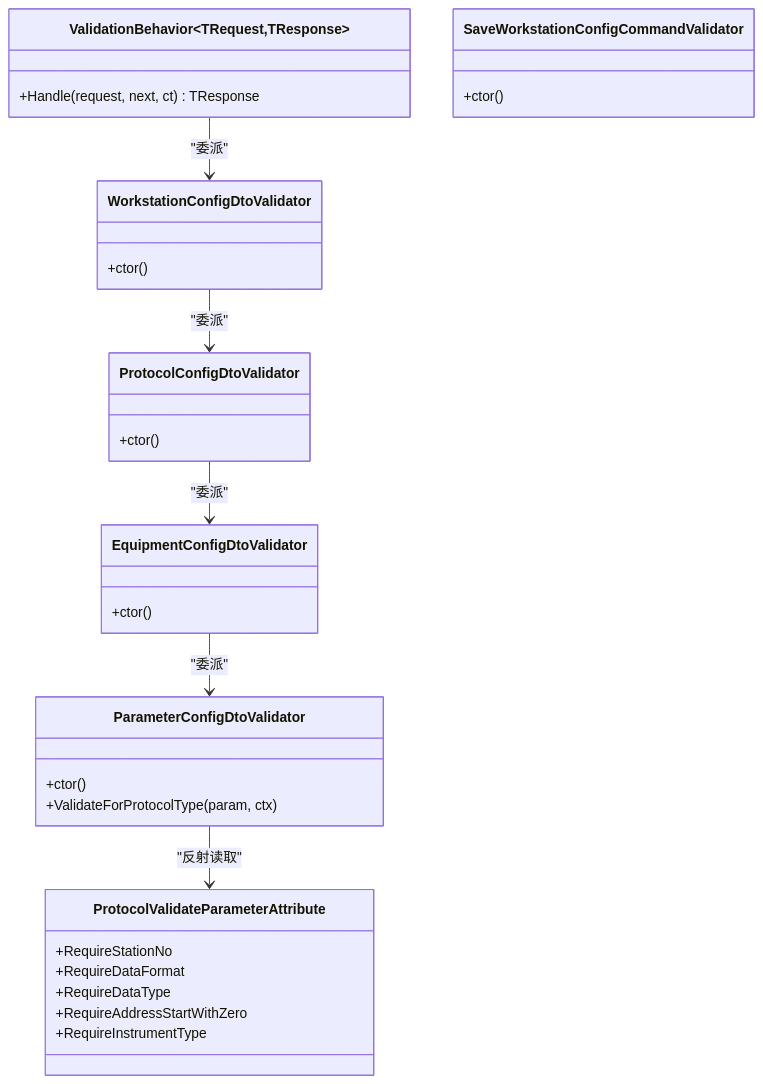
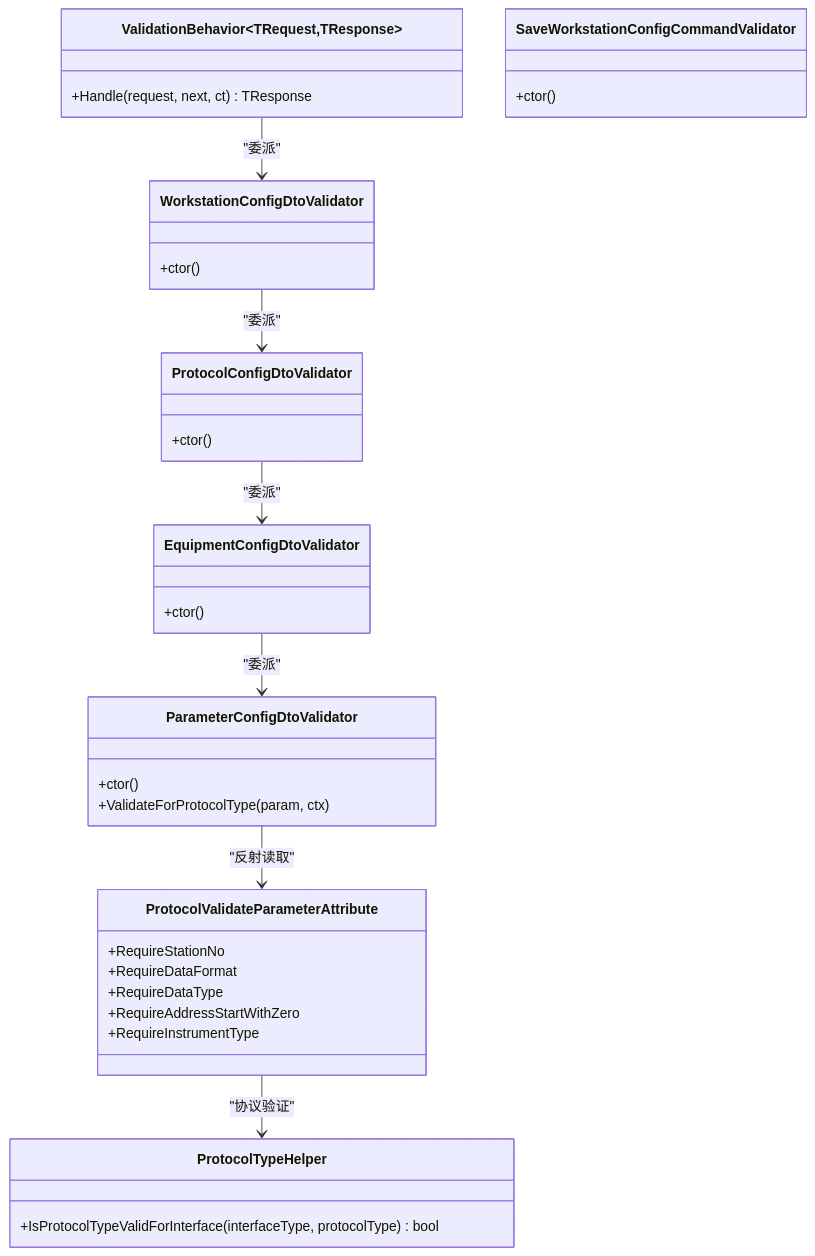
The fourth of 4 diagrams in .qoder/repowiki/zh/content/应用服务层/验证行为.md (whitemousetl/IndustrialDataSolution), drawn with Mermaid before and after one commit. The commit also changed other lines of this file and 13 other files, not shown here.

````diff
--- a/.qoder/repowiki/zh/content/应用服务层/验证行为.md
+++ b/.qoder/repowiki/zh/content/应用服务层/验证行为.md
@@ -243,34 +283,38 @@
 ```mermaid
 classDiagram
 class ValidationBehavior~TRequest,TResponse~ {
 +Handle(request, next, ct) TResponse
 }
 class SaveWorkstationConfigCommandValidator {
 +ctor()
 }
 class WorkstationConfigDtoValidator {
 +ctor()
 }
 class ProtocolConfigDtoValidator {
 +ctor()
 }
 class EquipmentConfigDtoValidator {
 +ctor()
 }
 class ParameterConfigDtoValidator {
 +ctor()
 +ValidateForProtocolType(param, ctx)
 }
 class ProtocolValidateParameterAttribute {
 +RequireStationNo
 +RequireDataFormat
 +RequireDataType
 +RequireAddressStartWithZero
 +RequireInstrumentType
 }
+class ProtocolTypeHelper {
++IsProtocolTypeValidForInterface(interfaceType, protocolType) bool
+}
 ValidationBehavior --> WorkstationConfigDtoValidator : "委派"
 WorkstationConfigDtoValidator --> ProtocolConfigDtoValidator : "委派"
 ProtocolConfigDtoValidator --> EquipmentConfigDtoValidator : "委派"
 EquipmentConfigDtoValidator --> ParameterConfigDtoValidator : "委派"
 ParameterConfigDtoValidator --> ProtocolValidateParameterAttribute : "反射读取"
+ProtocolValidateParameterAttribute --> ProtocolTypeHelper : "协议验证"
 ```
````
